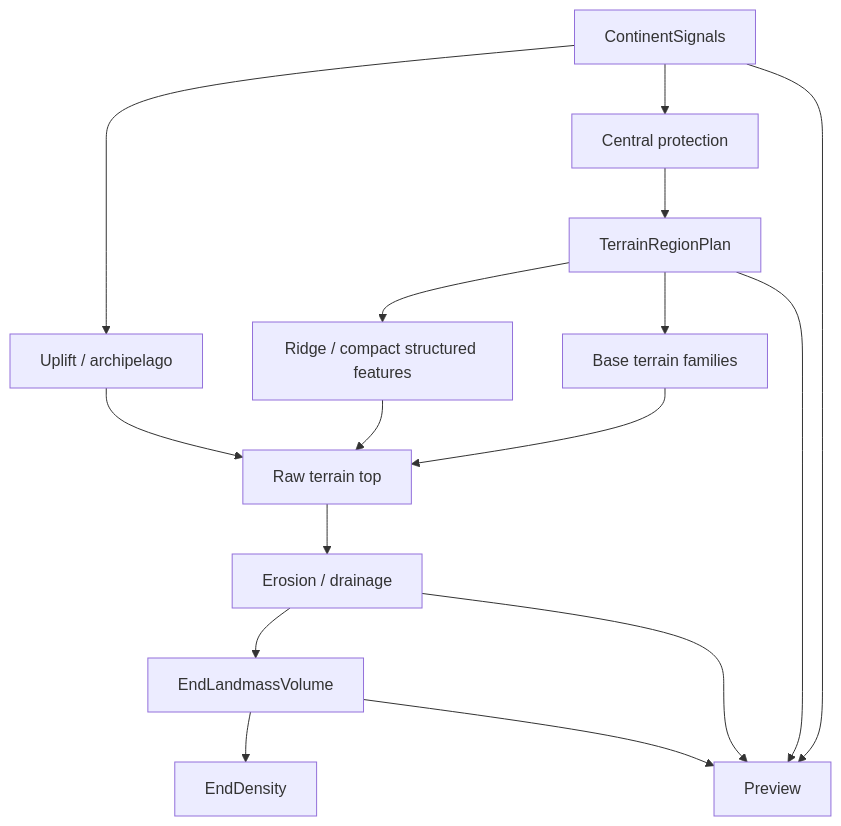
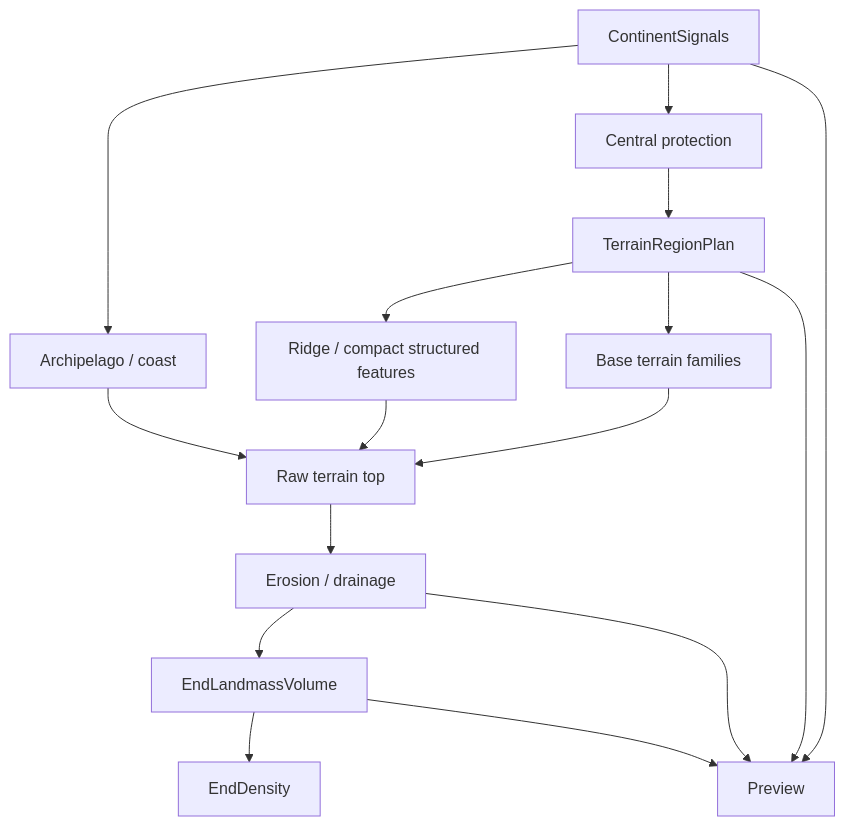
Before and after one commit to Knowledge-book-QwQ/EndTerraForged: the third of 3 diagrams in docs/ARCHITECTURE.md, drawn with Mermaid. The commit also changed other lines of this file and 25 other files, not shown here.

````diff
--- a/docs/ARCHITECTURE.md
+++ b/docs/ARCHITECTURE.md
@@ -139,18 +139,18 @@
 ```mermaid
 flowchart TD
     C["ContinentSignals"] --> P["Central protection"]
     P --> R["TerrainRegionPlan"]
     R --> F["Base terrain families"]
     R --> S["Ridge / compact structured features"]
     F --> H["Raw terrain top"]
     S --> H
-    C --> U["Uplift / archipelago"]
+    C --> U["Archipelago / coast"]
     U --> H
     H --> E["Erosion / drainage"]
     E --> V["EndLandmassVolume"]
     V --> D["EndDensity"]
     C --> W["Preview"]
     R --> W
     E --> W
     V --> W
 ```
````
